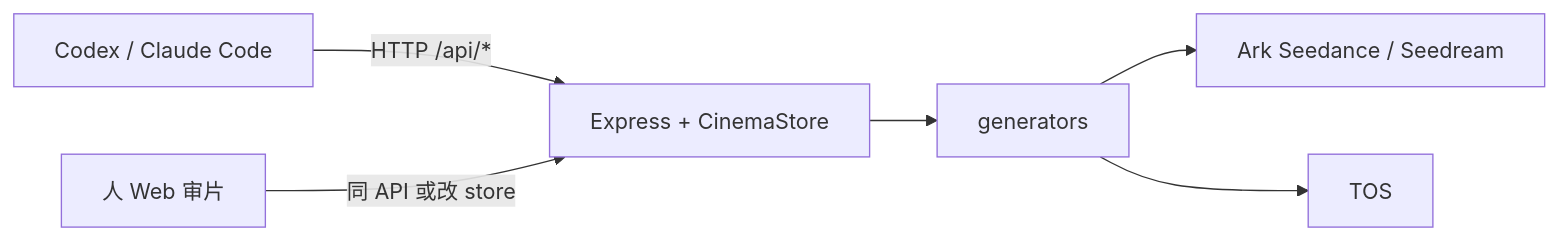
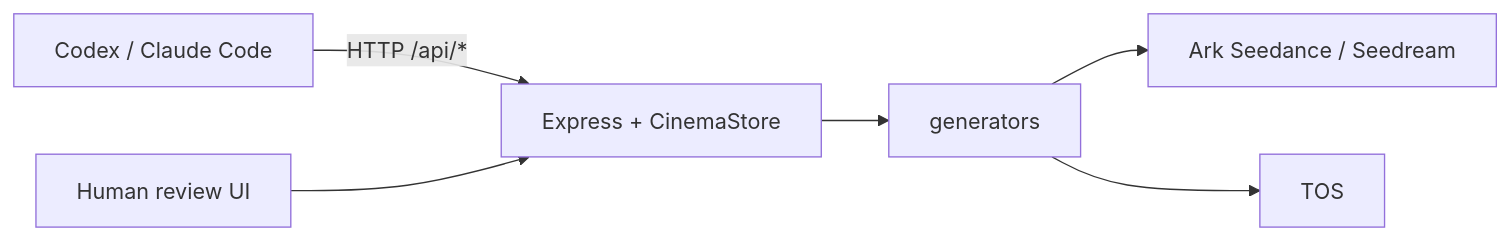
Before and after one commit to feifeibear/SeeReel: the diagram in README.md, drawn with Mermaid. The commit also changed other lines of this file and 43 other files, not shown here.

First line of the commit message:
Add canvas flow UI, prompt/vision pipelines, and bilingual README

````diff
--- a/README.md
+++ b/README.md
@@ -140,8 +191,8 @@
 ```mermaid
 flowchart LR
   Agent[Codex / Claude Code] -->|HTTP /api/*| API[Express + CinemaStore]
   API --> Gen[generators]
   Gen --> Ark[Ark Seedance / Seedream]
   Gen --> TOS[TOS]
-  Human[人 Web 审片] -->|同 API 或改 store| API
+  Human[Human review UI] --> API
 ```
````
